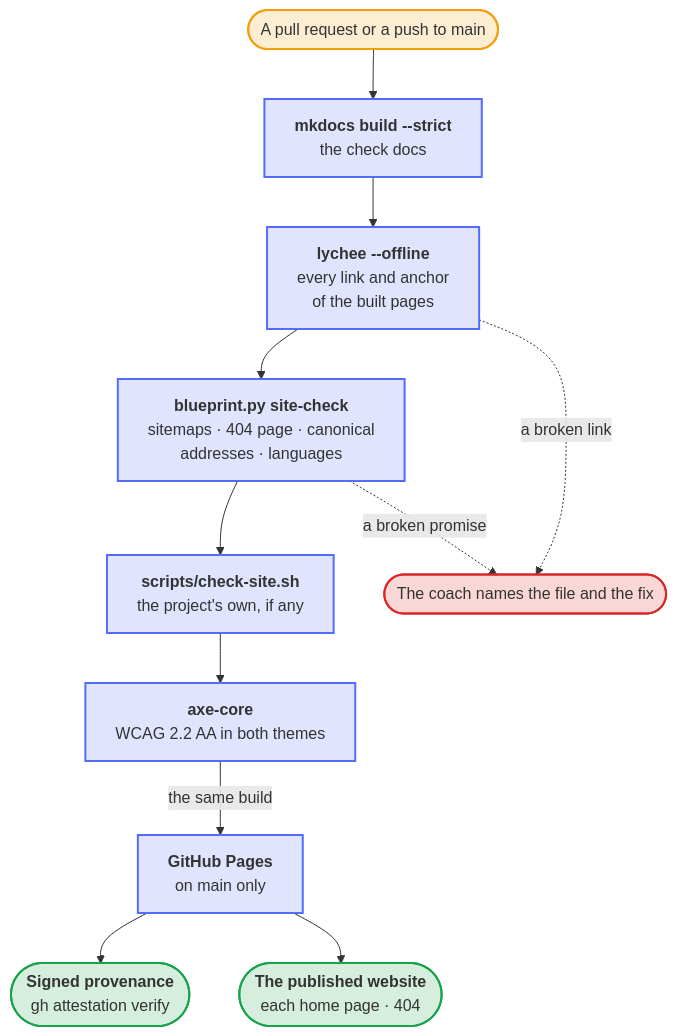
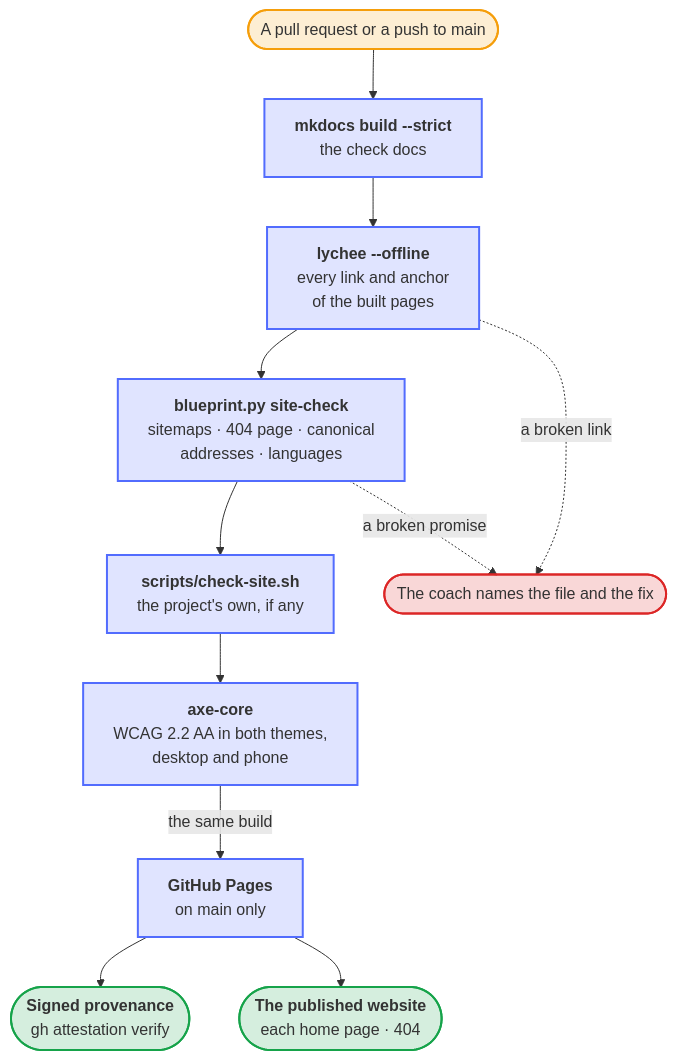
One commit to Dennis-Otto/repo-blueprint changed the diagram in docs/diagrams/how-the-website-is-checked-and-published.mmd. Above: the diagram before and after it, drawn with Mermaid. The commit also changed 23 other files, not shown here.

First line of the commit message:
feat: the a11y check tests reflow at phone width (#620)

```diff
--- a/docs/diagrams/how-the-website-is-checked-and-published.mmd
+++ b/docs/diagrams/how-the-website-is-checked-and-published.mmd
@@ -1,35 +1,35 @@
 ---
 config:
   flowchart:
     wrappingWidth: 400
 ---
 flowchart TB
     accTitle: How the website is checked and published
-    accDescr: The check docs builds the website strictly. Then lychee checks every link and anchor of the built pages without the network, blueprint.py site-check what the hooks of the website promise, scripts/check-site.sh what the project checks, and axe-core the accessibility of every page. A failure names the file and how to fix it. On main, the same build goes to GitHub Pages. The job that publishes it signs its provenance with Sigstore and asks the published website for the home page of each language and for an address that leads nowhere, which must answer 404.
+    accDescr: The check docs builds the website strictly. Then lychee checks every link and anchor of the built pages without the network, blueprint.py site-check what the hooks of the website promise, scripts/check-site.sh what the project checks, and axe-core the accessibility of every page, on a desktop and on a phone. A failure names the file and how to fix it. On main, the same build goes to GitHub Pages. The job that publishes it signs its provenance with Sigstore and asks the published website for the home page of each language and for an address that leads nowhere, which must answer 404.
 
     you(["A pull request or a push to main"])
     build["`**mkdocs build --strict**<br>the check docs`"]
     links["`**lychee --offline**<br>every link and anchor<br>of the built pages`"]
     promises["`**blueprint.py site-check**<br>sitemaps · 404 page · canonical<br>addresses · languages`"]
     project["`**scripts/check-site.sh**<br>the project's own, if any`"]
-    access["`**axe-core**<br>WCAG 2.2 AA in both themes`"]
+    access["`**axe-core**<br>WCAG 2.2 AA in both themes,<br>desktop and phone`"]
     fail(["The coach names the file and the fix"])
     pages["`**GitHub Pages**<br>on main only`"]
     attest(["`**Signed provenance**<br>gh attestation verify`"])
     ask(["`**The published website**<br>each home page · 404`"])
 
     you --> build --> links --> promises --> project --> access
     links -. "a broken link" .-> fail
     promises -. "a broken promise" .-> fail
     access -- "the same build" --> pages
     pages --> attest
     pages --> ask
 
     classDef bot fill:#526cfe2e,stroke:#526cfe,stroke-width:2px
     classDef person fill:#f59e0b2e,stroke:#f59e0b,stroke-width:2px
     classDef done fill:#16a34a2e,stroke:#16a34a,stroke-width:2px
     classDef failed fill:#dc26262e,stroke:#dc2626,stroke-width:2px
     class build,links,promises,project,access,pages bot
     class you person
     class attest,ask done
     class fail failed
```
